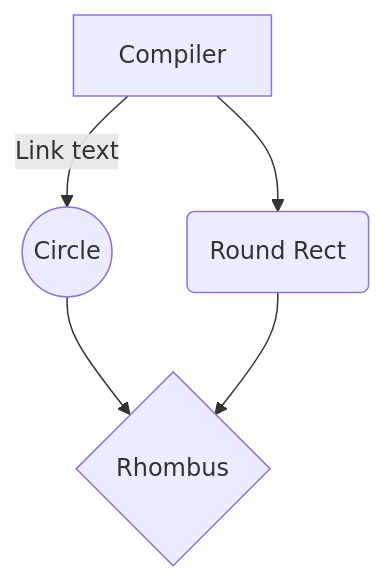
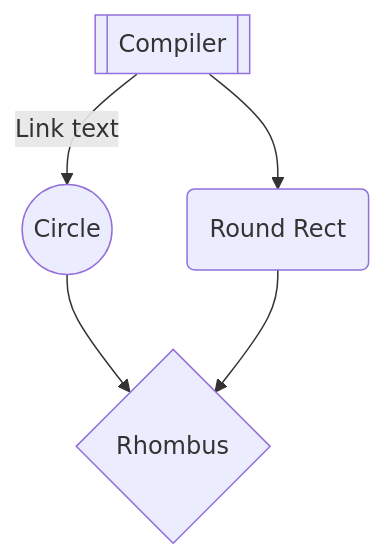
One commit to Jzhyang1/Monomer changed the fifth of 5 diagrams in Implementation.md. Above: the diagram before and after it, drawn with Mermaid. The commit also changed other lines of this file, not shown here.

Commit message:
Implementation.md updated from https://stackedit.io/

````diff
--- a/Implementation.md
+++ b/Implementation.md
@@ -215,7 +215,7 @@
 ```mermaid
 graph TD
-A[Compiler] -- Link text --> B((Circle))
+A[[Compiler]] -- Link text --> B((Circle))
 A --> C(Round Rect)
 B --> D{Rhombus}
 C --> D
 ```
````
